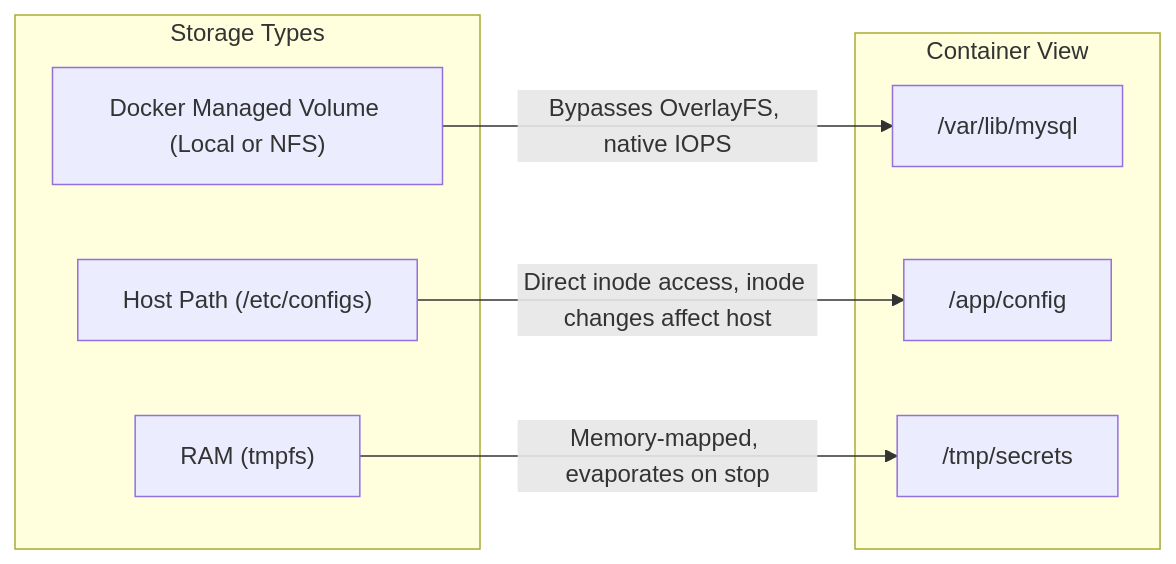
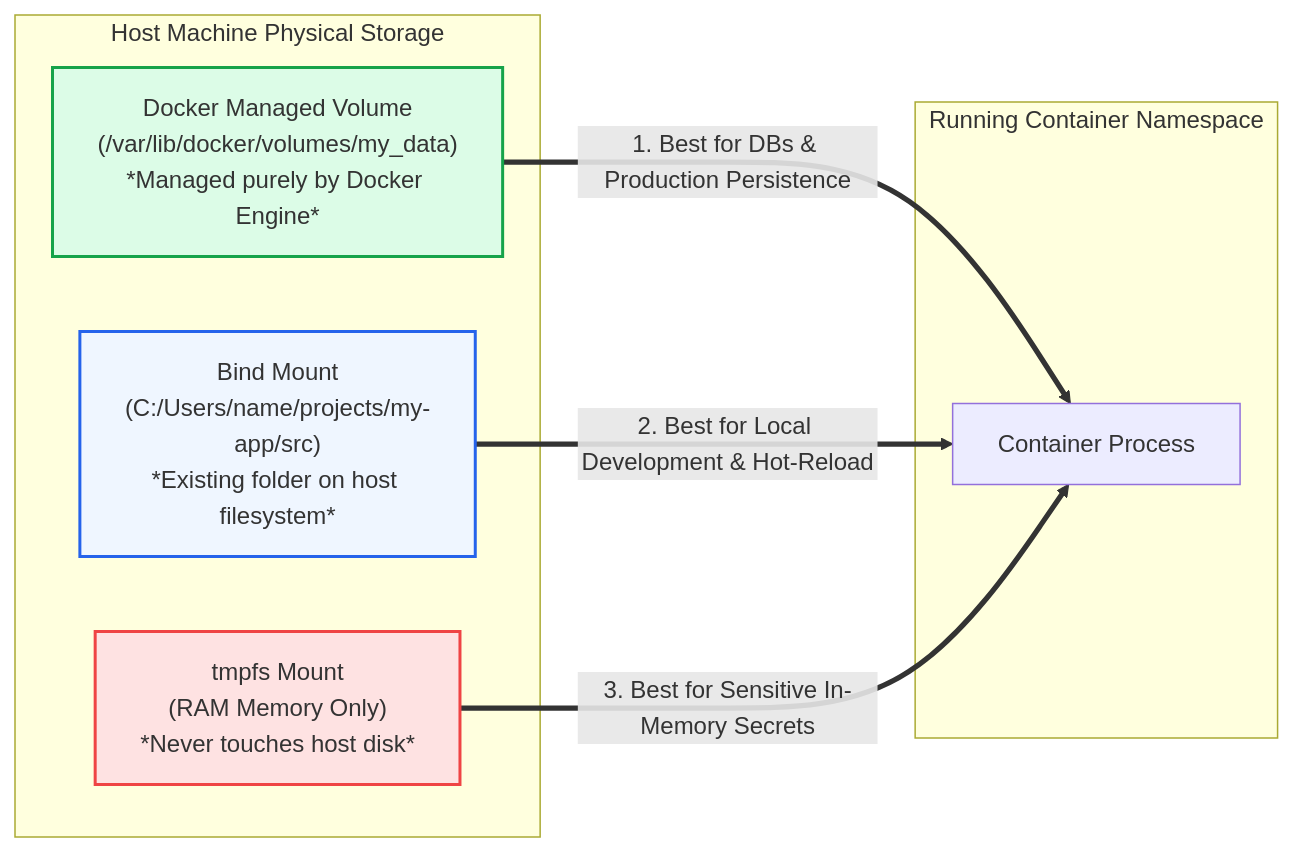
Before and after one commit to PandeyKishan/Study-Notes: the third of 3 diagrams in 01-Docker/03-Networking-Volumes-and-Compose.md, drawn with Mermaid. The commit also changed other lines of this file and 20 other files, not shown here.

````diff
--- a/01-Docker/03-Networking-Volumes-and-Compose.md
+++ b/01-Docker/03-Networking-Volumes-and-Compose.md
@@ -49,18 +100,20 @@
 ```mermaid
 flowchart LR
-    subgraph Storage["Storage Types"]
-        NamedVol["Docker Managed Volume (Local or NFS)"]
-        BindMount["Host Path (/etc/configs)"]
-        Tmpfs["RAM (tmpfs)"]
+    subgraph Host_Storage["Host Machine Physical Storage"]
+        Vol["Docker Managed Volume\n(/var/lib/docker/volumes/my_data)\n*Managed purely by Docker Engine*"]
+        Bind["Bind Mount\n(C:/Users/name/projects/my-app/src)\n*Existing folder on host filesystem*"]
+        Tmp["tmpfs Mount\n(RAM Memory Only)\n*Never touches host disk*"]
     end
 
-    subgraph Container["Container View"]
-        VolMount["/var/lib/mysql"]
-        BindMount2["/app/config"]
-        TmpfsMount["/tmp/secrets"]
+    subgraph Running_Container["Running Container Namespace"]
+        App["Container Process"]
     end
 
-    NamedVol -->|Bypasses OverlayFS, native IOPS| VolMount
-    BindMount -->|Direct inode access, inode changes affect host| BindMount2
-    Tmpfs -->|Memory-mapped, evaporates on stop| TmpfsMount
+    Vol ==>|1. Best for DBs & Production Persistence| App
+    Bind ==>|2. Best for Local Development & Hot-Reload| App
+    Tmp ==>|3. Best for Sensitive In-Memory Secrets| App
+
+    style Vol fill:#dcfce7,stroke:#16a34a,stroke-width:2px
+    style Bind fill:#eff6ff,stroke:#2563eb,stroke-width:2px
+    style Tmp fill:#fee2e2,stroke:#ef4444,stroke-width:2px
 ```
````
